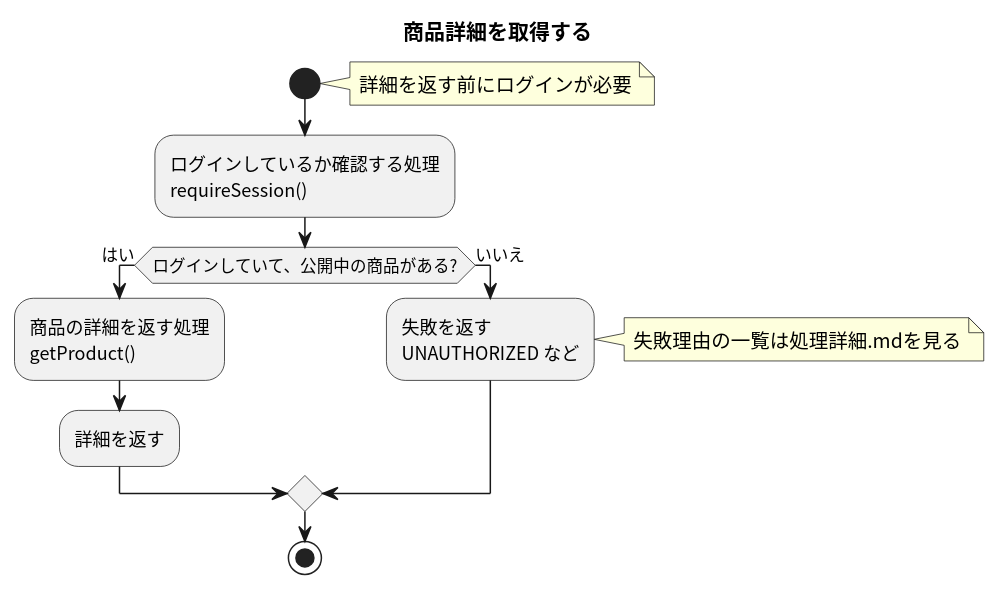
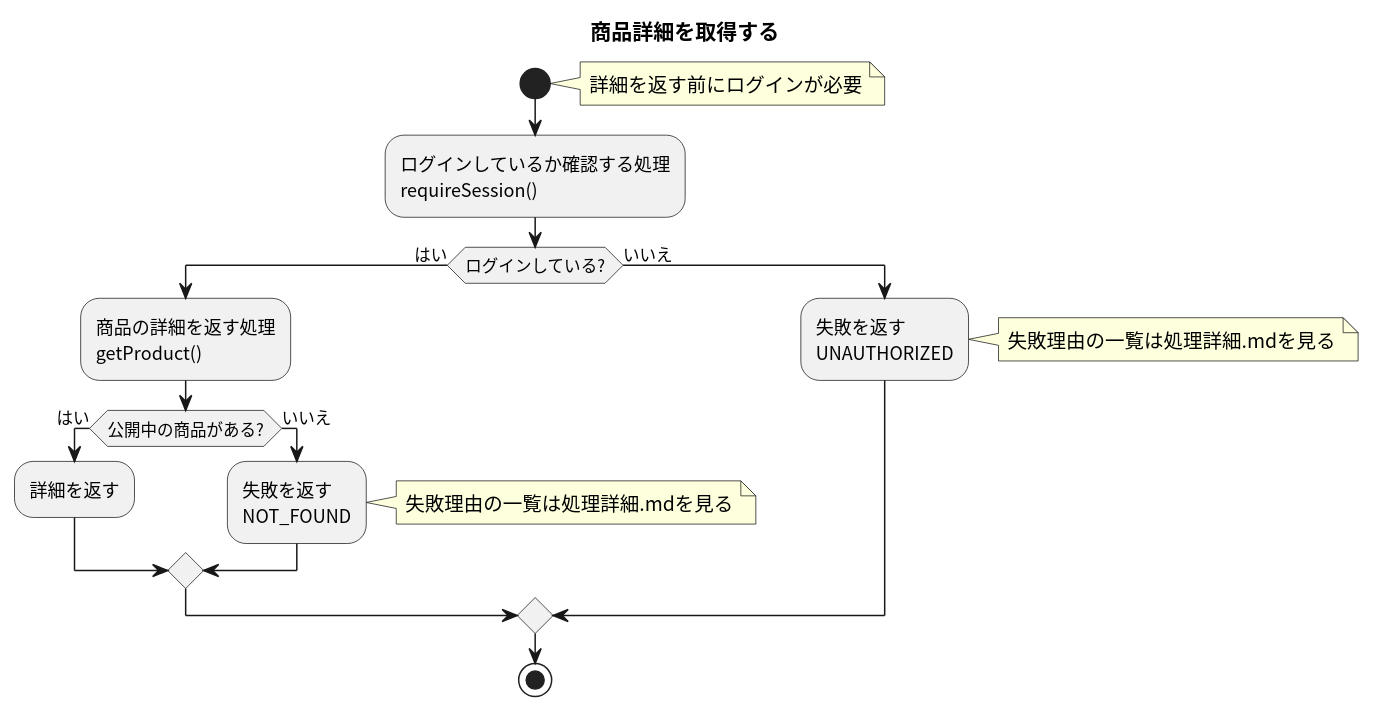
One commit to masamasamasato/design-doc-template changed the diagram in apis/get-product/flow.puml. Above: the diagram before and after it, drawn with PlantUML. The commit also changed 18 other files, not shown here.

```diff
--- a/apis/get-product/flow.puml
+++ b/apis/get-product/flow.puml
@@ -3,19 +3,24 @@
 @startuml
 skinparam shadowing false
 skinparam defaultFontName "Noto Sans CJK JP"
 skinparam ActivityFontName "Noto Sans CJK JP"
 
 title 商品詳細を取得する
 
 start
 note right: 詳細を返す前にログインが必要
 :ログインしているか確認する処理\nrequireSession();
-if (ログインしていて、公開中の商品がある?) then (はい)
+if (ログインしている?) then (はい)
   :商品の詳細を返す処理\ngetProduct();
-  :詳細を返す;
+  if (公開中の商品がある?) then (はい)
+    :詳細を返す;
+  else (いいえ)
+    :失敗を返す\nNOT_FOUND;
+    note right: 失敗理由の一覧は処理詳細.mdを見る
+  endif
 else (いいえ)
-  :失敗を返す\nUNAUTHORIZED など;
+  :失敗を返す\nUNAUTHORIZED;
   note right: 失敗理由の一覧は処理詳細.mdを見る
 endif
 stop
 @enduml
```
